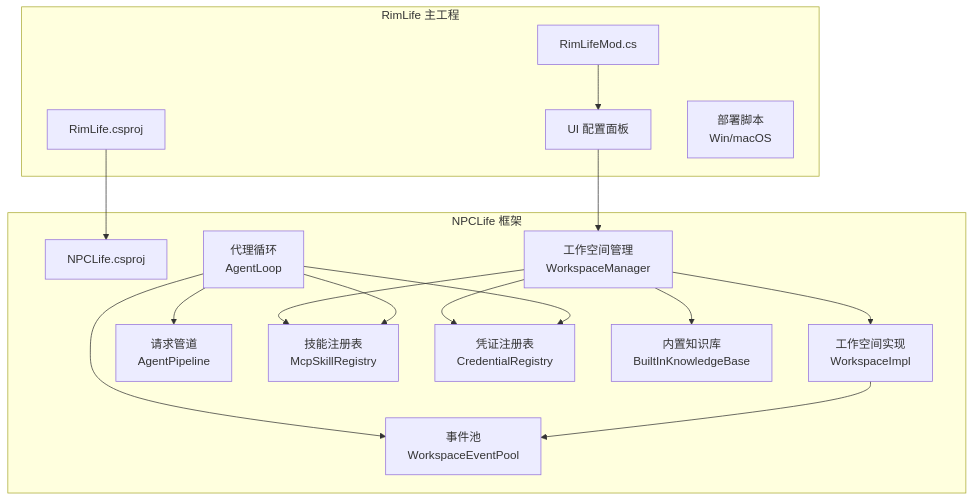
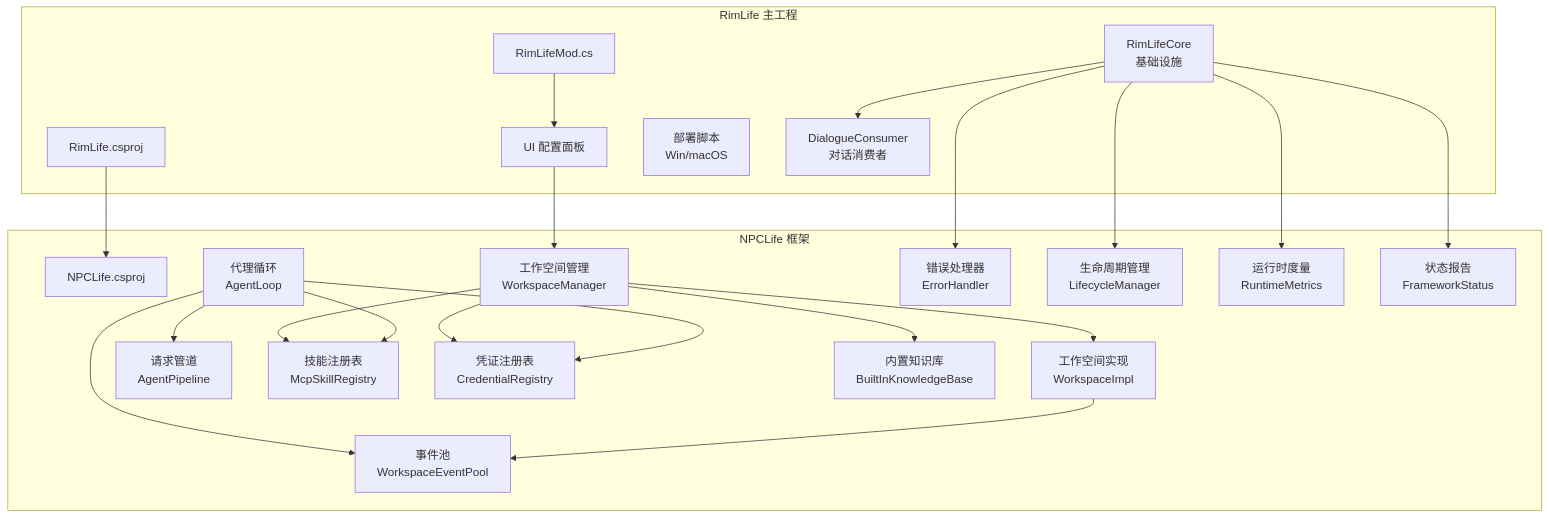
One commit to suzvka/RimLife changed the first of 11 diagrams in .qoder/repowiki/zh/content/核心架构设计/核心架构设计.md. Above: the diagram before and after it, drawn with Mermaid. The commit also changed other lines of this file and 19 other files, not shown here.

````diff
--- a/.qoder/repowiki/zh/content/核心架构设计/核心架构设计.md
+++ b/.qoder/repowiki/zh/content/核心架构设计/核心架构设计.md
@@ -39,32 +57,43 @@
 ```mermaid
 graph TB
 subgraph "RimLife 主工程"
 RLProj["RimLife.csproj"]
 RLSettings["RimLifeMod.cs"]
 RLUI["UI 配置面板"]
 RLDeploy["部署脚本<br/>Win/macOS"]
+RLCore["RimLifeCore<br/>基础设施"]
+RLDialog["DialogueConsumer<br/>对话消费者"]
 end
 subgraph "NPCLife 框架"
 NProj["NPCLife.csproj"]
 WS["工作空间管理<br/>WorkspaceManager"]
 WSImp["工作空间实现<br/>WorkspaceImpl"]
 WSEvt["事件池<br/>WorkspaceEventPool"]
 Agent["代理循环<br/>AgentLoop"]
 Pipe["请求管道<br/>AgentPipeline"]
 Skill["技能注册表<br/>McpSkillRegistry"]
 Cred["凭证注册表<br/>CredentialRegistry"]
 Know["内置知识库<br/>BuiltInKnowledgeBase"]
+Err["错误处理器<br/>ErrorHandler"]
+Life["生命周期管理<br/>LifecycleManager"]
+Metrics["运行时度量<br/>RuntimeMetrics"]
+Status["状态报告<br/>FrameworkStatus"]
 end
 RLProj --> NProj
 RLSettings --> RLUI
 RLUI --> WS
+RLCore --> RLDialog
+RLCore --> Err
+RLCore --> Life
+RLCore --> Metrics
+RLCore --> Status
 WS --> WSImp
 WSImp --> WSEvt
 Agent --> Pipe
 Agent --> Skill
 Agent --> Cred
 Agent --> WSEvt
 WS --> Skill
 WS --> Cred
 WS --> Know
 ```
````
